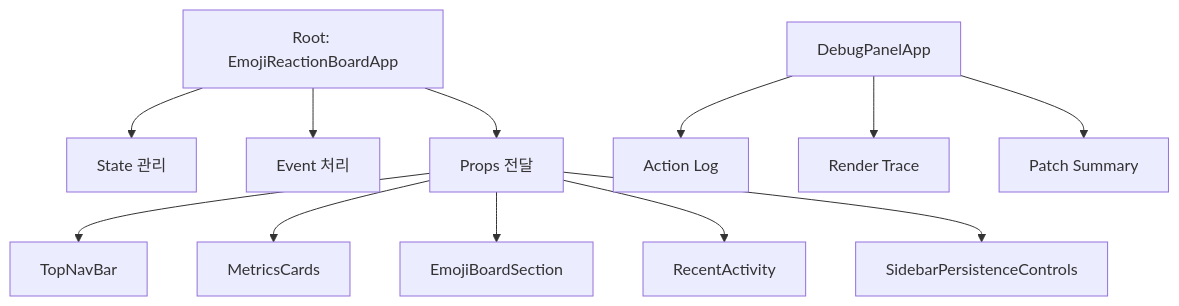
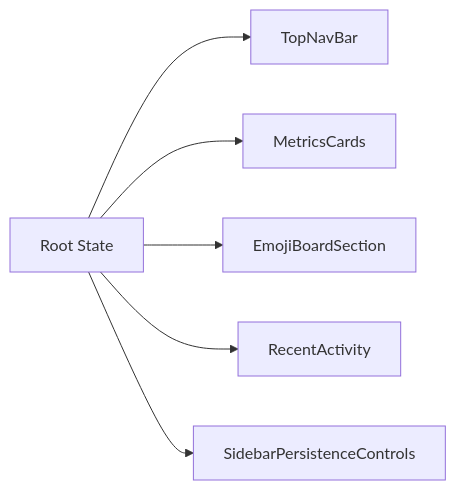
One commit to cloud-9-git/baby-react_260401 changed the second of 5 diagrams in README.md. Above: the diagram before and after it, drawn with Mermaid. The commit also changed other lines of this file and 1 other file, not shown here.

````diff
--- a/README.md
+++ b/README.md
@@ -20,14 +51,8 @@
 ```mermaid
-graph TD
-    A["Root: EmojiReactionBoardApp"] --> B["State 관리"]
-    A --> C["Event 처리"]
-    A --> D["Props 전달"]
-    D --> E["TopNavBar"]
-    D --> F["MetricsCards"]
-    D --> G["EmojiBoardSection"]
-    D --> H["RecentActivity"]
-    D --> I["SidebarPersistenceControls"]
-    J["DebugPanelApp"] --> K["Action Log"]
-    J --> L["Render Trace"]
-    J --> M["Patch Summary"]
+graph LR
+    A["Root State"] --> B["TopNavBar"]
+    A --> C["MetricsCards"]
+    A --> D["EmojiBoardSection"]
+    A --> E["RecentActivity"]
+    A --> F["SidebarPersistenceControls"]
 ```
````
